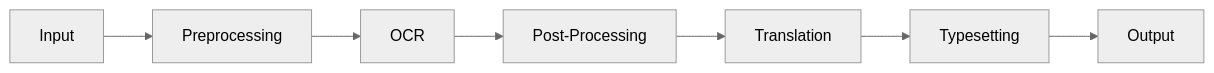
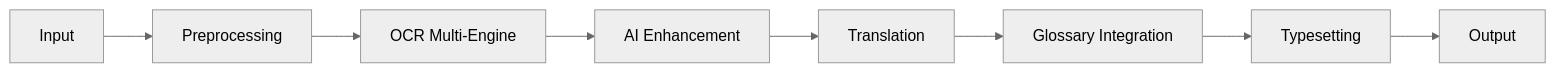
One commit to irazawa/Manga-OCR changed the first of 8 diagrams in README.md. Above: the diagram before and after it, drawn with Mermaid (neutral theme). The commit also changed other lines of this file and 4 other files, not shown here.

````diff
--- a/README.md
+++ b/README.md
@@ -23,4 +21,4 @@
 ```mermaid
 flowchart LR
-    A[Input] --> B[Preprocessing] --> C[OCR] --> D[Post-Processing] --> E[Translation] --> F[Typesetting] --> G[Output]
+    A[Input] --> B[Preprocessing] --> C[OCR Multi-Engine] --> D[AI Enhancement] --> E[Translation] --> F[Glossary Integration] --> G[Typesetting] --> H[Output]
 ```
````
